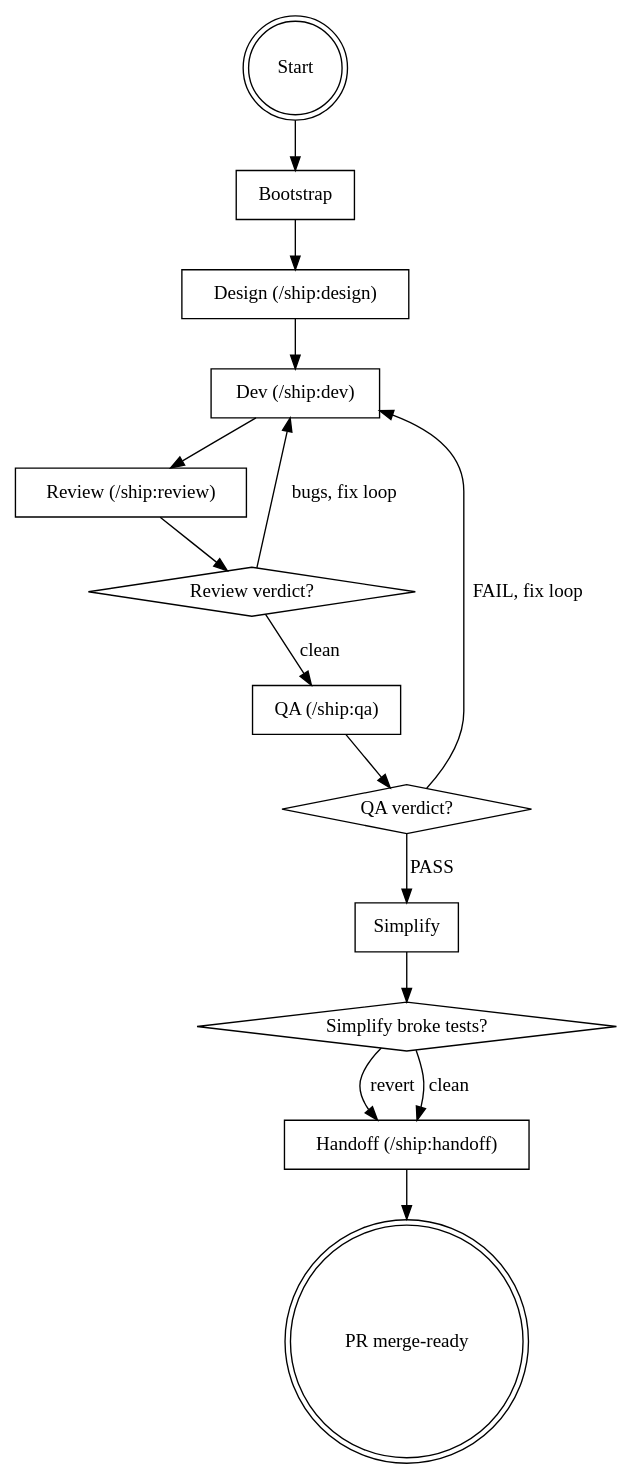
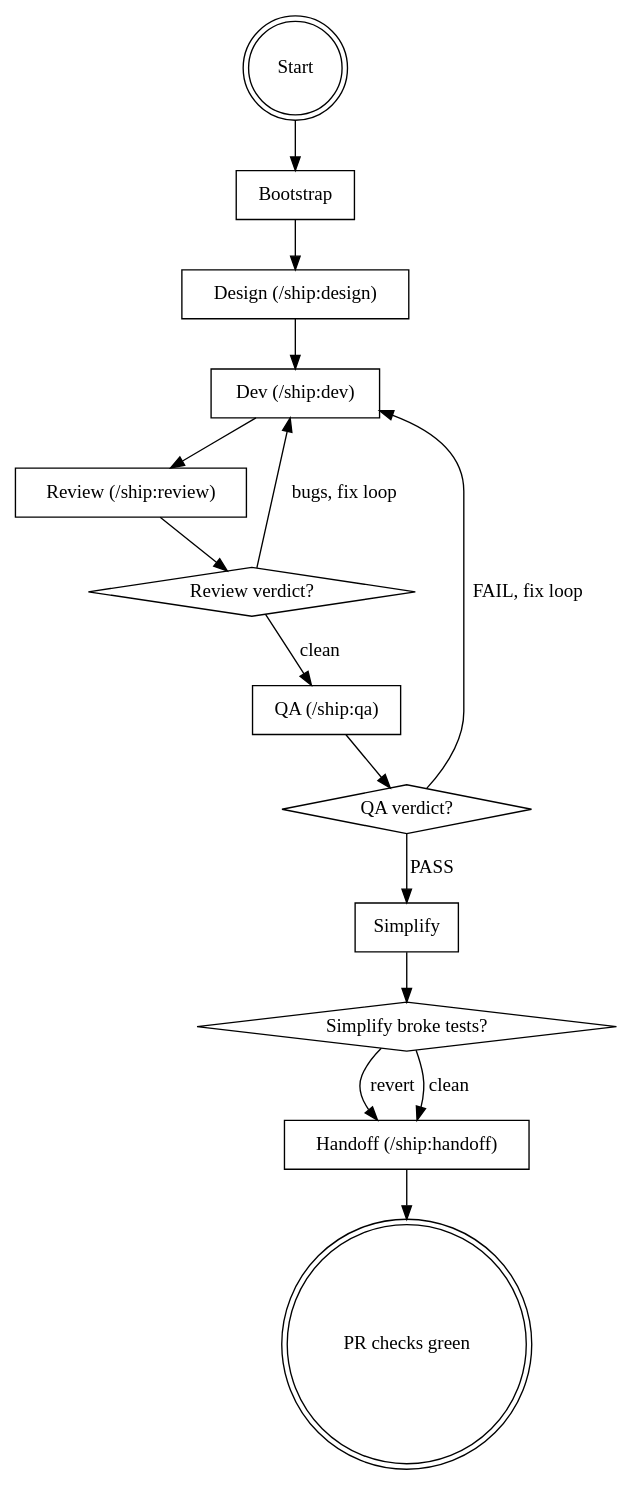
One commit to tryship/ship changed the diagram in skills/auto/SKILL.md. Above: the diagram before and after it, drawn with Graphviz. The commit also changed other lines of this file and 18 other files, not shown here.

````diff
--- a/skills/auto/SKILL.md
+++ b/skills/auto/SKILL.md
@@ -46,33 +47,33 @@
 ```dot
 digraph auto {
     rankdir=TB;
 
     "Start" [shape=doublecircle];
     "Bootstrap" [shape=box];
     "Design (/ship:design)" [shape=box];
     "Dev (/ship:dev)" [shape=box];
     "Review (/ship:review)" [shape=box];
     "Review verdict?" [shape=diamond];
     "QA (/ship:qa)" [shape=box];
     "QA verdict?" [shape=diamond];
     "Simplify" [shape=box];
     "Simplify broke tests?" [shape=diamond];
     "Handoff (/ship:handoff)" [shape=box];
-    "PR merge-ready" [shape=doublecircle];
+    "PR checks green" [shape=doublecircle];
 
     "Start" -> "Bootstrap";
     "Bootstrap" -> "Design (/ship:design)";
     "Design (/ship:design)" -> "Dev (/ship:dev)";
     "Dev (/ship:dev)" -> "Review (/ship:review)";
     "Review (/ship:review)" -> "Review verdict?";
     "Review verdict?" -> "Dev (/ship:dev)" [label="bugs, fix loop"];
     "Review verdict?" -> "QA (/ship:qa)" [label="clean"];
     "QA (/ship:qa)" -> "QA verdict?";
     "QA verdict?" -> "Dev (/ship:dev)" [label="FAIL, fix loop"];
     "QA verdict?" -> "Simplify" [label="PASS"];
     "Simplify" -> "Simplify broke tests?";
     "Simplify broke tests?" -> "Handoff (/ship:handoff)" [label="revert"];
     "Simplify broke tests?" -> "Handoff (/ship:handoff)" [label="clean"];
-    "Handoff (/ship:handoff)" -> "PR merge-ready";
+    "Handoff (/ship:handoff)" -> "PR checks green";
 }
 ```
````
